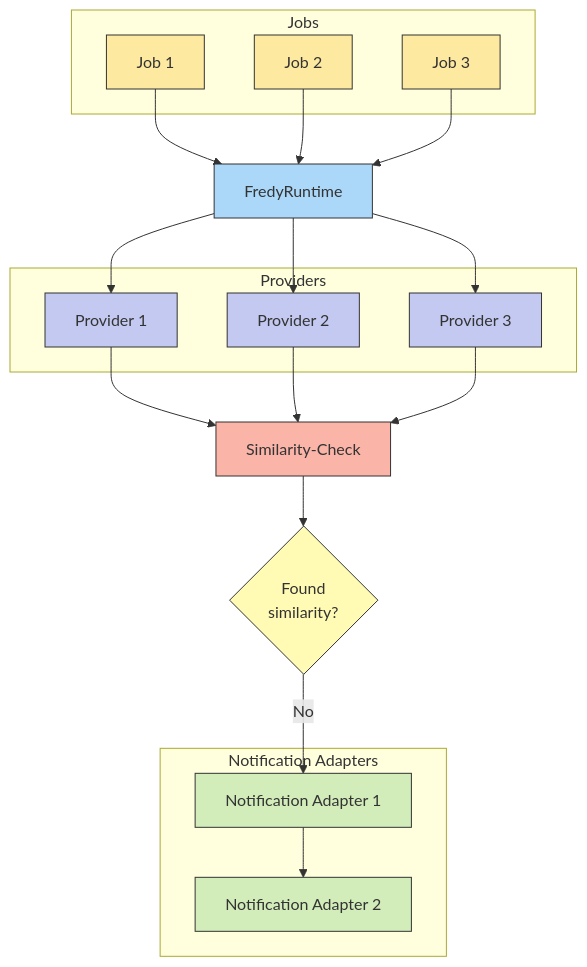
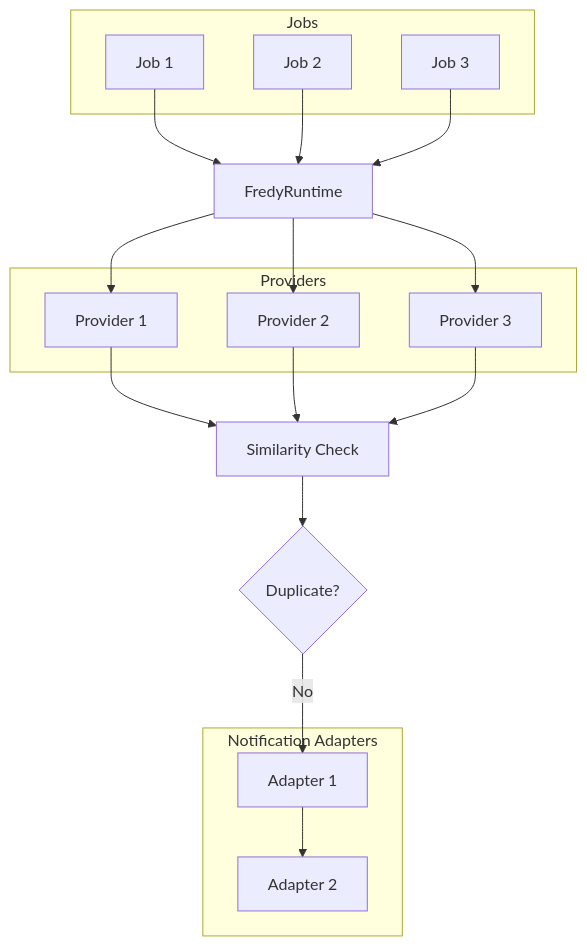
The diagram in README.md (orangecoding/fredy), drawn with Mermaid before and after one commit. The commit also changed other lines of this file, not shown here.

````diff
--- a/README.md
+++ b/README.md
@@ -120,40 +156,28 @@
-```mermaid
+``` mermaid
 flowchart TD
  subgraph Jobs["Jobs"]
         A1["Job 1"]
         A2["Job 2"]
         A3["Job 3"]
   end
  subgraph Providers["Providers"]
         C1["Provider 1"]
         C2["Provider 2"]
         C3["Provider 3"]
   end
  subgraph NotificationAdapters["Notification Adapters"]
-        F1["Notification Adapter 1"]
-        F2["Notification Adapter 2"]
+        F1["Adapter 1"]
+        F2["Adapter 2"]
   end
 
     A1 --> B["FredyRuntime"]
     A2 --> B
     A3 --> B
     B --> C1 & C2 & C3
-    C1 --> D["Similarity-Check"]
+    C1 --> D["Similarity Check"]
     C2 --> D
     C3 --> D
-    D --> E{"Found<br>similarity?"}
+    D --> E{"Duplicate?"}
     E -- No --> F1
     F1 --> F2
-
-    style A1 fill:#fde9a0,stroke:#333333,color:#333333
-    style A2 fill:#fde9a0,stroke:#333333,color:#333333
-    style A3 fill:#fde9a0,stroke:#333333,color:#333333
-    style C1 fill:#c4c9f1,stroke:#333333,color:#333333
-    style C2 fill:#c4c9f1,stroke:#333333,color:#333333
-    style C3 fill:#c4c9f1,stroke:#333333,color:#333333
-    style F1 fill:#d2edba,stroke:#333333,color:#333333
-    style F2 fill:#d2edba,stroke:#333333,color:#333333
-    style B fill:#abd8f9,stroke:#333333,color:#333333
-    style D fill:#fab4a8,stroke:#333333,color:#333333
-    style E fill:#fffbb4,stroke:#333333,color:#333333
 ```
````
